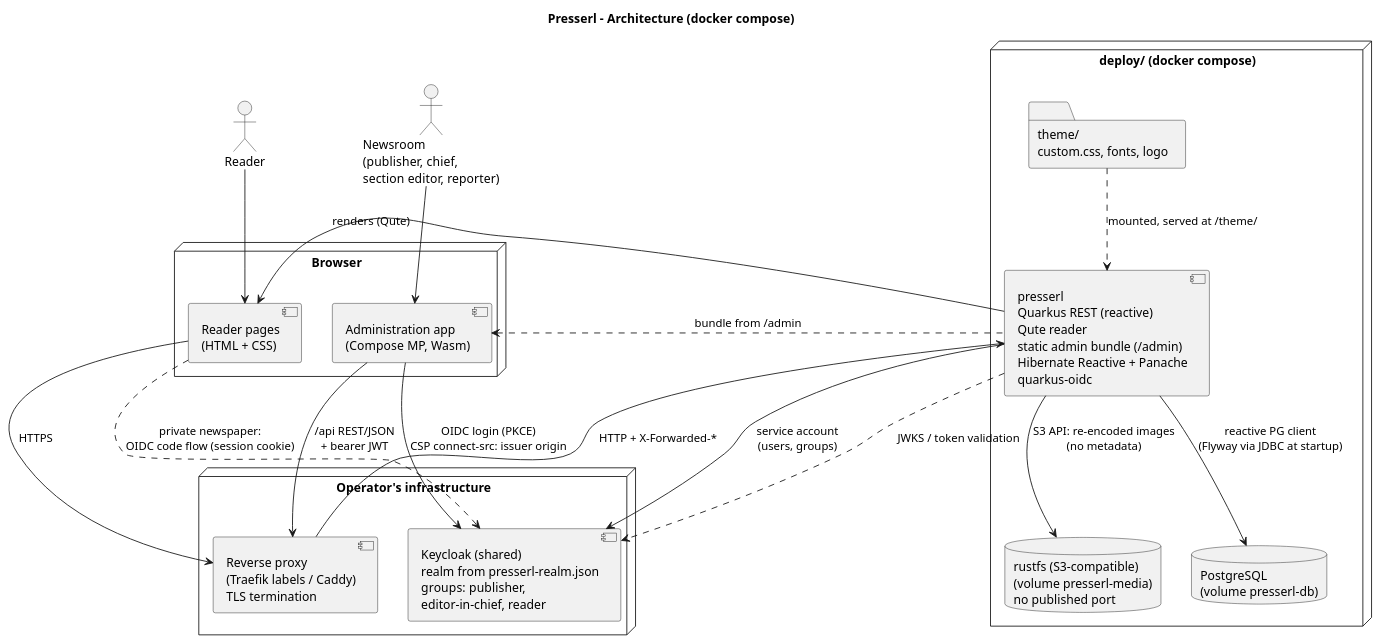
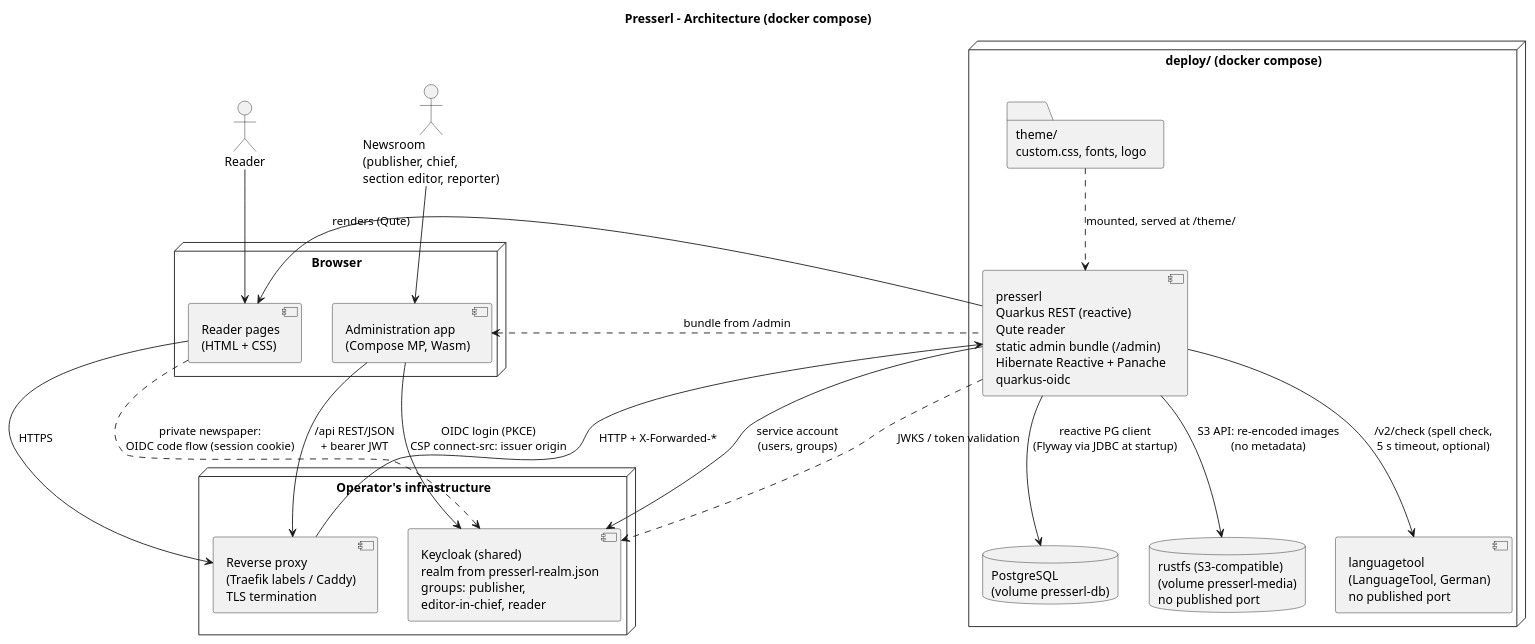
One commit to UnterrainerInformatik/presserl changed the diagram in docs/diagrams/architecture.puml. Above: the diagram before and after it, drawn with PlantUML. The commit also changed 49 other files, not shown here.

First line of the commit message:
feat: German spell check in the admin app (german-spell-check)

```diff
--- a/docs/diagrams/architecture.puml
+++ b/docs/diagrams/architecture.puml
@@ -1,37 +1,39 @@
 @startuml architecture
 title Presserl – Architecture (docker compose)
 skinparam shadowing false
 skinparam defaultFontName Sans-Serif
 
 actor "Reader" as reader
 actor "Newsroom\n(publisher, chief,\nsection editor, reporter)" as newsroom
 node "Browser" {
   component "Reader pages\n(HTML + CSS)" as html
   component "Administration app\n(Compose MP, Wasm)" as admin
 }
 node "Operator's infrastructure" {
   component "Reverse proxy\n(Traefik labels / Caddy)\nTLS termination" as proxy
   component "Keycloak (shared)\nrealm from presserl-realm.json\ngroups: publisher,\neditor-in-chief, reader" as kc
 }
 node "deploy/ (docker compose)" {
   component "presserl\nQuarkus REST (reactive)\nQute reader\nstatic admin bundle (/admin)\nHibernate Reactive + Panache\nquarkus-oidc" as srv
   folder "theme/\ncustom.css, fonts, logo" as theme
   database "PostgreSQL\n(volume presserl-db)" as db
   database "rustfs (S3-compatible)\n(volume presserl-media)\nno published port" as media
+  component "languagetool\n(LanguageTool, German)\nno published port" as lt
 }
 
 reader --> html
 newsroom --> admin
 html --> proxy : HTTPS
 admin --> proxy : /api REST/JSON\n+ bearer JWT
 proxy --> srv : HTTP + X-Forwarded-*
 srv --> html : renders (Qute)
 admin <.. srv : bundle from /admin
 theme ..> srv : mounted, served at /theme/
 html ..> kc : private newspaper:\nOIDC code flow (session cookie)
 admin --> kc : OIDC login (PKCE)\nCSP connect-src: issuer origin
 srv --> kc : service account\n(users, groups)
 srv ..> kc : JWKS / token validation
 srv --> db : reactive PG client\n(Flyway via JDBC at startup)
 srv --> media : S3 API: re-encoded images\n(no metadata)
+srv --> lt : /v2/check (spell check,\n5 s timeout, optional)
 @enduml
```
